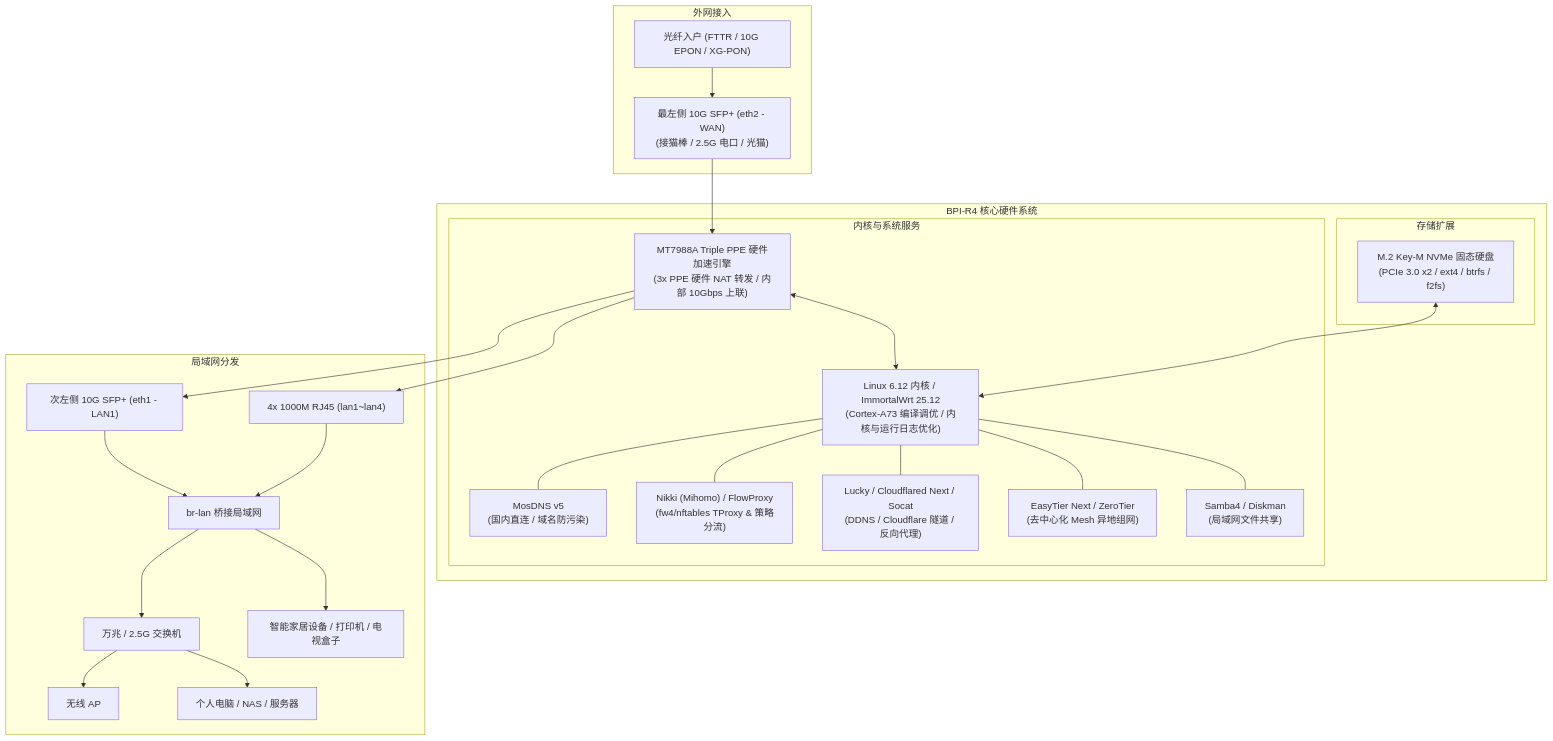
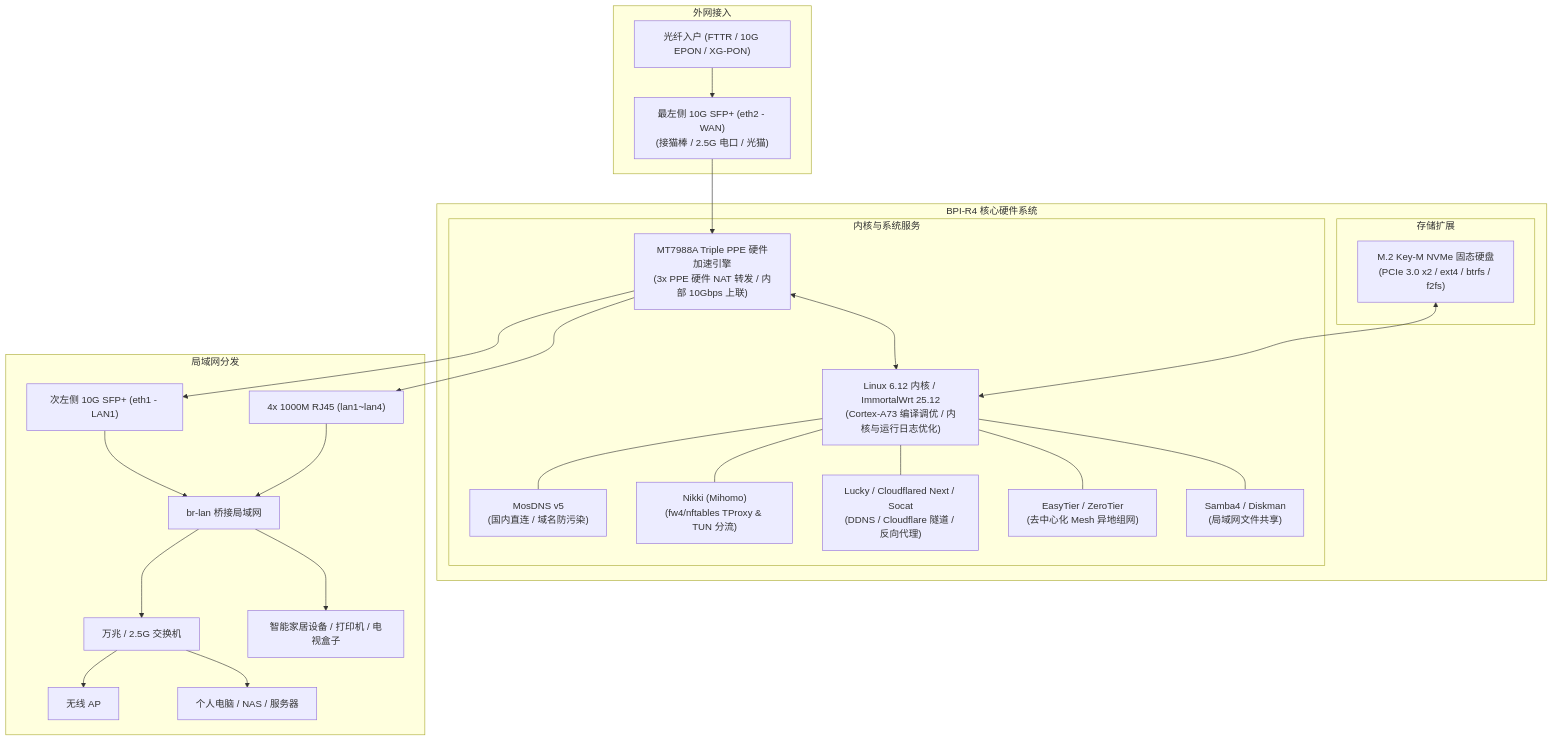
One commit to Apocalypse-Long/bpi-r4-builder changed the diagram in README.md. Above: the diagram before and after it, drawn with Mermaid. The commit also changed other lines of this file and 2 other files, not shown here.

Commit message:
chore: keep Cloudflared Next from openwrt-packages-extras, restore upstream EasyTier & Lucky, and remove FlowProxy

````diff
--- a/README.md
+++ b/README.md
@@ -48,33 +48,33 @@
 ```mermaid
 flowchart TD
     subgraph 外网接入
         WAN_IN["光纤入户 (FTTR / 10G EPON / XG-PON)"] --> SFP1["最左侧 10G SFP+ (eth2 - WAN)\n(接猫棒 / 2.5G 电口 / 光猫)"]
     end
 
     subgraph BPI-R4 核心硬件系统
         SFP1 --> PPE["MT7988A Triple PPE 硬件加速引擎\n(3x PPE 硬件 NAT 转发 / 内部 10Gbps 上联)"]
         
         subgraph 内核与系统服务
             PPE <--> KERNEL["Linux 6.12 内核 / ImmortalWrt 25.12\n(Cortex-A73 编译调优 / 内核与运行日志优化)"]
             KERNEL --- MOSDNS["MosDNS v5\n(国内直连 / 域名防污染)"]
-            KERNEL --- NIKKI["Nikki (Mihomo) / FlowProxy\n(fw4/nftables TProxy & 策略分流)"]
+            KERNEL --- NIKKI["Nikki (Mihomo)\n(fw4/nftables TProxy & TUN 分流)"]
             KERNEL --- LUCKY["Lucky / Cloudflared Next / Socat\n(DDNS / Cloudflare 隧道 / 反向代理)"]
-            KERNEL --- EASYTIER["EasyTier Next / ZeroTier\n(去中心化 Mesh 异地组网)"]
+            KERNEL --- EASYTIER["EasyTier / ZeroTier\n(去中心化 Mesh 异地组网)"]
             KERNEL --- SAMBA["Samba4 / Diskman\n(局域网文件共享)"]
         end
 
         subgraph 存储扩展
             NVME["M.2 Key-M NVMe 固态硬盘\n(PCIe 3.0 x2 / ext4 / btrfs / f2fs)"] <--> KERNEL
         end
     end
 
     subgraph 局域网分发
         PPE --> SFP2["次左侧 10G SFP+ (eth1 - LAN1)"]
         PPE --> RJ45["4x 1000M RJ45 (lan1~lan4)"]
         SFP2 & RJ45 --> BRLAN["br-lan 桥接局域网"]
         BRLAN --> SWITCH["万兆 / 2.5G 交换机"]
         SWITCH --> AP["无线 AP"]
         SWITCH --> PC["个人电脑 / NAS / 服务器"]
         BRLAN --> IOT["智能家居设备 / 打印机 / 电视盒子"]
     end
 ```
````
